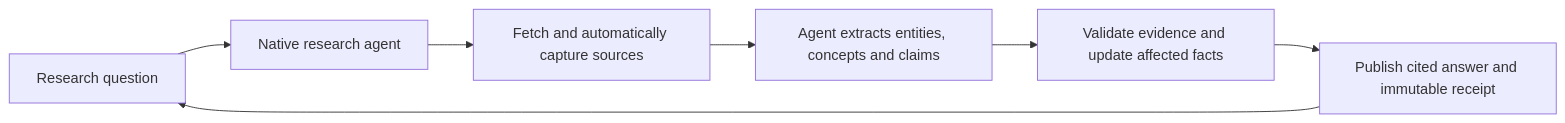
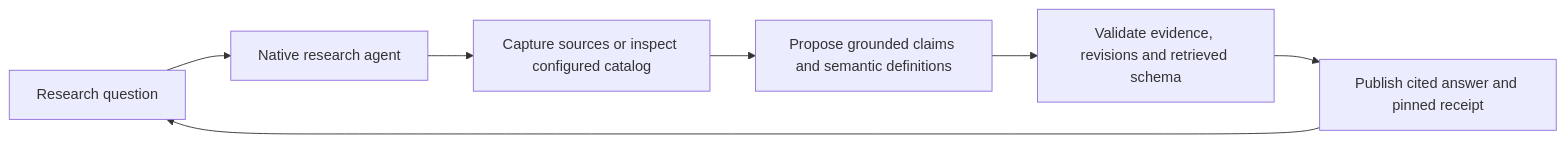
One commit to sharedagents-ai/sharedagents changed the diagram in docs/guides/research-workflow.md. Above: the diagram before and after it, drawn with Mermaid. The commit also changed other lines of this file and 28 other files, not shown here.

````diff
--- a/docs/guides/research-workflow.md
+++ b/docs/guides/research-workflow.md
@@ -27,9 +58,9 @@
 ```mermaid
 flowchart LR
     Q[Research question] --> R[Native research agent]
-    R --> F[Fetch and automatically capture sources]
-    F --> E[Agent extracts entities, concepts and claims]
-    E --> V[Validate evidence and update affected facts]
-    V --> P[Publish cited answer and immutable receipt]
+    R --> F[Capture sources or inspect configured catalog]
+    F --> E[Propose grounded claims and semantic definitions]
+    E --> V[Validate evidence, revisions and retrieved schema]
+    V --> P[Publish cited answer and pinned receipt]
     P --> Q
 ```
````
